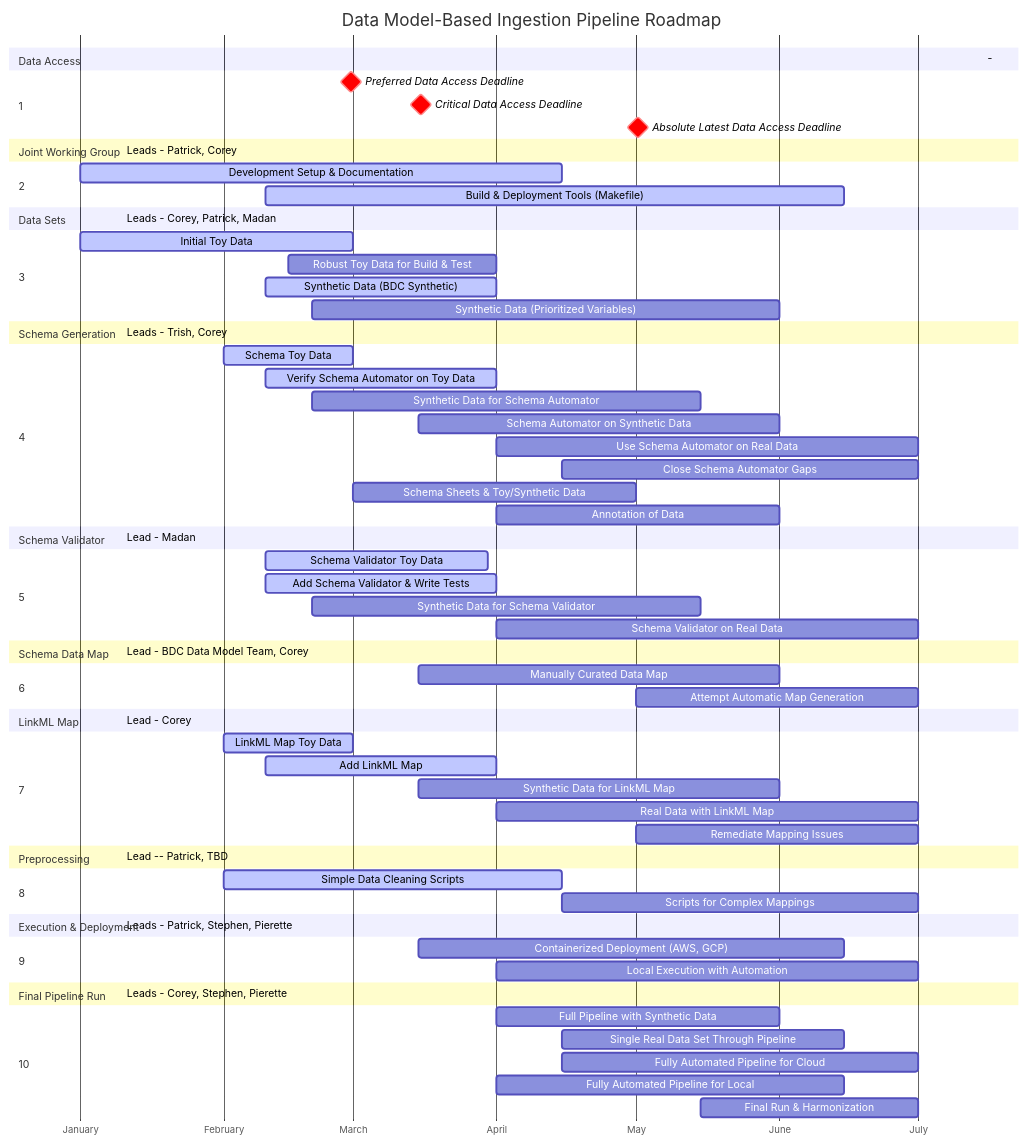
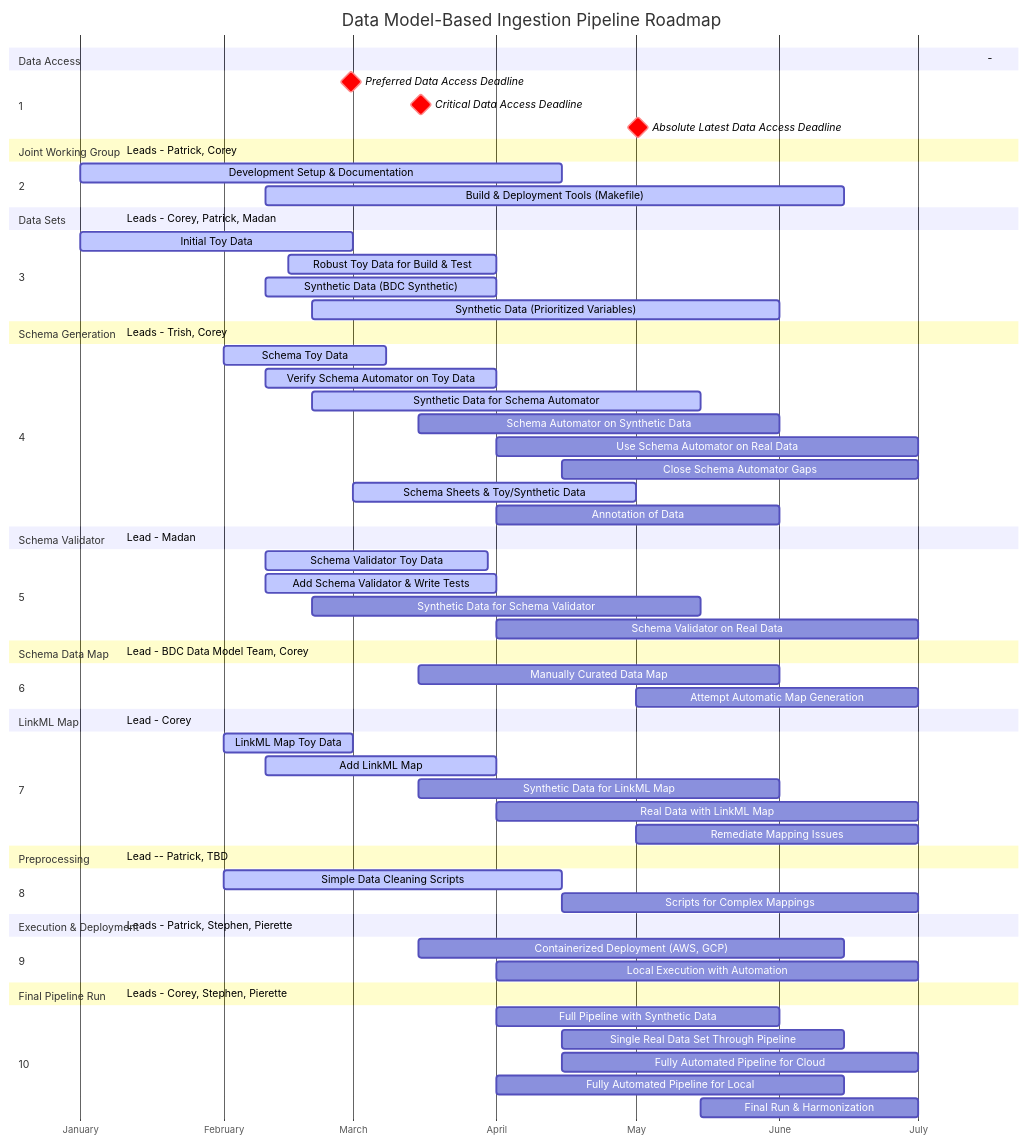
The diagram in DEVELOPMENT.md (linkml/dm-bip), drawn with Mermaid before and after one commit.

Commit message:
Dev Map update active

```diff
--- a/DEVELOPMENT.md
+++ b/DEVELOPMENT.md
@@ -29,21 +29,21 @@
 
     section 3 
     Initial Toy Data                        :active, 2025-01-01, 2025-03-01
-    Robust Toy Data for Build & Test        :2025-02-15, 2025-04-01
+    Robust Toy Data for Build & Test        :active, 2025-02-15, 2025-04-01
     Synthetic Data (BDC Synthetic)          :active, 2025-02-10, 2025-04-01
-    Synthetic Data (Prioritized Variables)  :2025-02-20, 2025-06-01
+    Synthetic Data (Prioritized Variables)  :active, 2025-02-20, 2025-06-01
 
     section Schema Generation
     Leads - Trish, Corey                    :done, 2025-01-10, 0d
 
     section 4 
-    Schema Toy Data                         :active, 2025-02-01, 2025-03-01
+    Schema Toy Data                         :active, 2025-02-01, 2025-03-08
     Verify Schema Automator on Toy Data     :active, 2025-02-10, 2025-04-01
-    Synthetic Data for Schema Automator     :2025-02-20, 2025-05-15
+    Synthetic Data for Schema Automator     :active, 2025-02-20, 2025-05-15
     Schema Automator on Synthetic Data      :2025-03-15, 2025-06-01
     Use Schema Automator on Real Data       :2025-04-01, 2025-07-01
     Close Schema Automator Gaps             :2025-04-15, 2025-07-01
-    Schema Sheets & Toy/Synthetic Data      :2025-03-01, 2025-05-01
+    Schema Sheets & Toy/Synthetic Data      :active, 2025-03-01, 2025-05-01
     Annotation of Data                      :2025-04-01, 2025-06-01
 
     section Schema Validator
```
